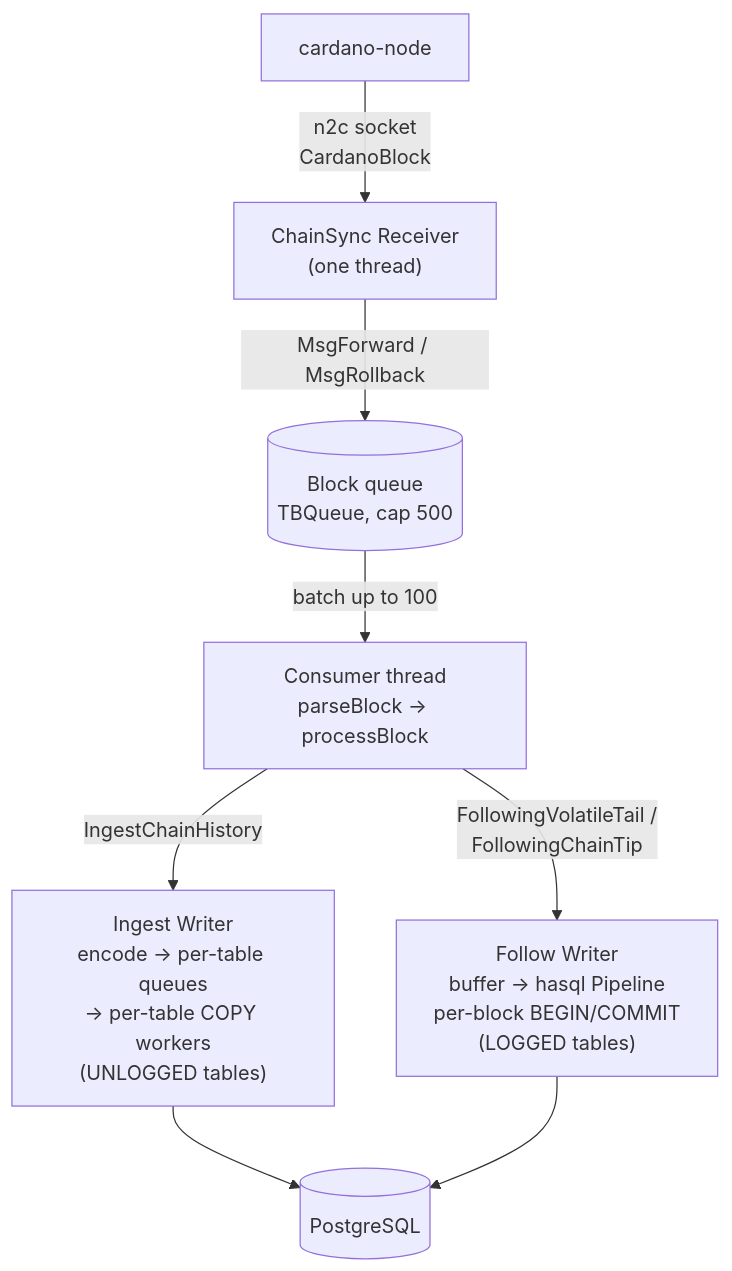
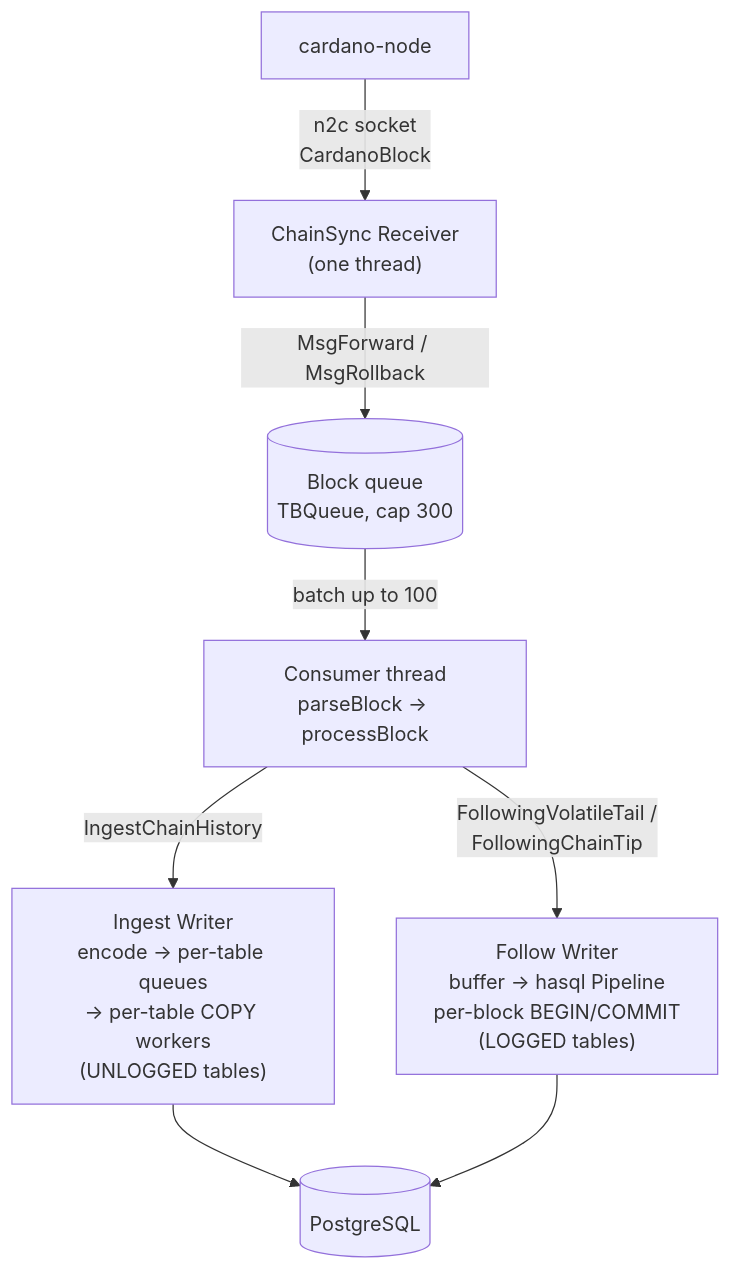
Before and after one commit to input-output-hk/dbsync: the first of 3 diagrams in docs/developers/architecture.md, drawn with Mermaid. The commit also changed other lines of this file and 94 other files, not shown here.

````diff
--- a/docs/developers/architecture.md
+++ b/docs/developers/architecture.md
@@ -27,20 +27,20 @@
 ```mermaid
 flowchart TD
     Node["cardano-node"]
     Receiver["ChainSync Receiver<br/>(one thread)"]
-    Queue[("Block queue<br/>TBQueue, cap 500")]
+    Queue[("Block queue<br/>TBQueue, cap 300")]
     Consumer["Consumer thread<br/>parseBlock → processBlock"]
 
     IngestWriter["Ingest Writer<br/>encode → per-table queues<br/>→ per-table COPY workers<br/>(UNLOGGED tables)"]
     FollowWriter["Follow Writer<br/>buffer → hasql Pipeline<br/>per-block BEGIN/COMMIT<br/>(LOGGED tables)"]
 
     PG[("PostgreSQL")]
 
     Node -- "n2c socket<br/>CardanoBlock" --> Receiver
     Receiver -- "MsgForward / MsgRollback" --> Queue
     Queue -- "batch up to 100" --> Consumer
     Consumer -- "IngestChainHistory" --> IngestWriter
     Consumer -- "FollowingVolatileTail /<br/>FollowingChainTip" --> FollowWriter
     IngestWriter --> PG
     FollowWriter --> PG
 ```
````
